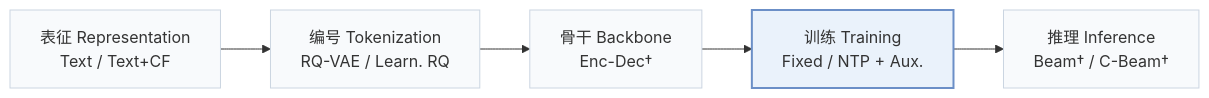
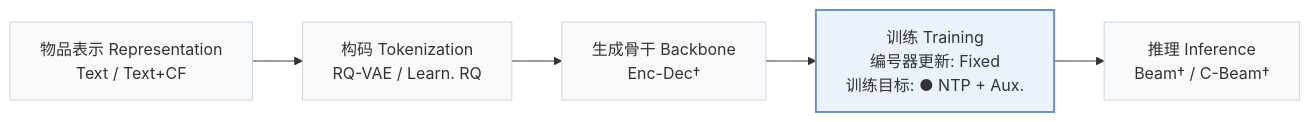
One commit to Galaxy-ghost/Awesome-SID-Generative-Rec changed the first of 3 diagrams in pages/zh/papers/gflowgr.md. Above: the diagram before and after it, drawn with Mermaid. The commit also changed other lines of this file and 558 other files, not shown here.

````diff
--- a/pages/zh/papers/gflowgr.md
+++ b/pages/zh/papers/gflowgr.md
@@ -15,8 +18,8 @@
 ```mermaid
 flowchart LR
-    R["表征 Representation<br/>Text / Text+CF"] --> T["编号 Tokenization<br/>RQ-VAE / Learn. RQ"] --> B["骨干 Backbone<br/>Enc-Dec†"] --> TR["训练 Training<br/>Fixed / NTP + Aux."] --> I["推理 Inference<br/>Beam† / C-Beam†"]
+    R["物品表示 Representation<br/>Text / Text+CF"] --> T["构码 Tokenization<br/>RQ-VAE / Learn. RQ"] --> B["生成骨干 Backbone<br/>Enc-Dec†"] --> TR["训练 Training<br/>编号器更新: Fixed<br/>训练目标: ● NTP + Aux."] --> I["推理 Inference<br/>Beam† / C-Beam†"]
     classDef base fill:#f8fafc,stroke:#cbd5e1
     class R,T,B,TR,I base
     classDef main fill:#eaf2fb,stroke:#6b8fc7,stroke-width:2px
     class TR main
 ```
````
